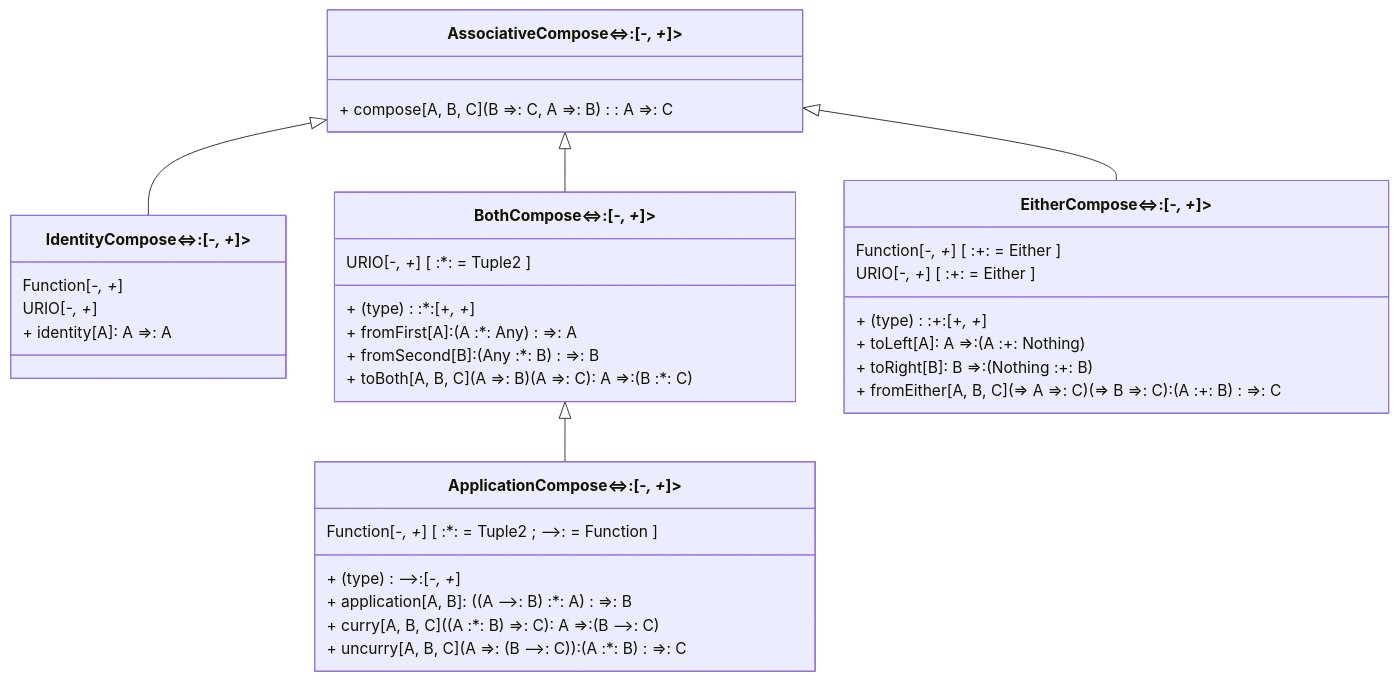
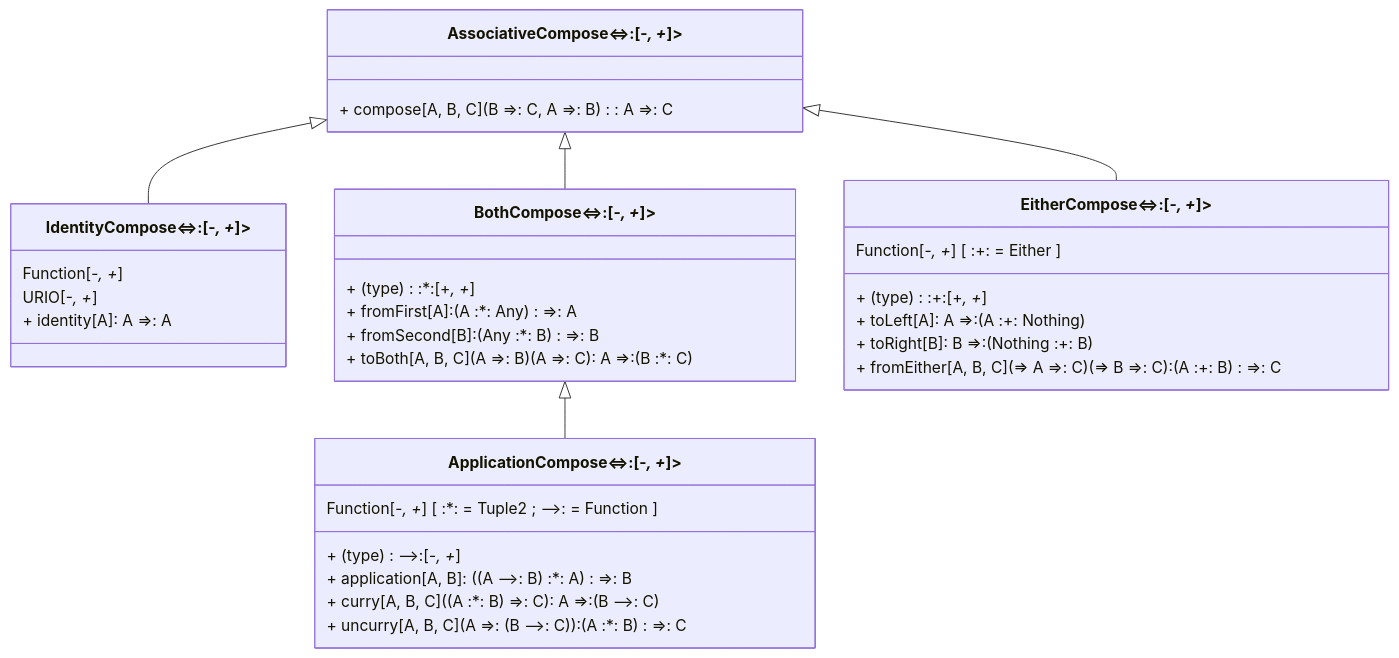
One commit to zio/zio-prelude changed the fourth of 8 diagrams in docs/functional-abstractions/abstraction-diagrams.md. Above: the diagram before and after it, drawn with Mermaid. The commit also changed other lines of this file and 59 other files, not shown here.

````diff
--- a/docs/functional-abstractions/abstraction-diagrams.md
+++ b/docs/functional-abstractions/abstraction-diagrams.md
@@ -204,41 +203,39 @@
 ```mermaid
 classDiagram
   AssociativeCompose~=>:[-_, +_]~ <|-- IdentityCompose~=>:[-_, +_]~
   AssociativeCompose~=>:[-_, +_]~ <|-- BothCompose~=>:[-_, +_]~
   AssociativeCompose~=>:[-_, +_]~ <|-- EitherCompose~=>:[-_, +_]~
   BothCompose <|-- ApplicationCompose~=>:[-_, +_]~
   class AssociativeCompose~=>:[-_, +_]~{
     + compose[A, B, C](B =>: C, A =>: B): A =>: C
   }
   class IdentityCompose~=>:[-_, +_]~{
     Function[-*, +*]
     URIO[-*, +*]
 
     + identity[A]: A =>: A
   }
   class BothCompose~=>:[-_, +_]~{
-    URIO[-*, +*] [ :*: = Tuple2 ]
   
     + (type) :*:[+_, +_]
     + fromFirst[A]: (A :*: Any) =>: A
     + fromSecond[B]: (Any :*: B) =>: B
     + toBoth[A, B, C](A =>: B)(A =>: C): A =>: (B :*: C)
   }
   class ApplicationCompose~=>:[-_, +_]~{
     Function[-*, +*] [ :*: = Tuple2 ; -->: = Function ]
     
     + (type) -->:[-_, +_]
     + application[A, B]: ((A -->: B) :*: A) =>: B
     + curry[A, B, C]((A :*: B) =>: C): A =>: (B -->: C)
     + uncurry[A, B, C](A =>: (B -->: C)): (A :*: B) =>: C
   }
   class EitherCompose~=>:[-_, +_]~{
     Function[-*, +*] [ :+: = Either ]
-    URIO[-*, +*] [ :+: = Either ]
     
     + (type) :+:[+_, +_]
     + toLeft[A]: A =>: (A :+: Nothing)
     + toRight[B]: B =>: (Nothing :+: B)
     + fromEither[A, B, C](=> A =>: C)(=> B =>: C): (A :+: B) =>: C
   }
 ```
````
